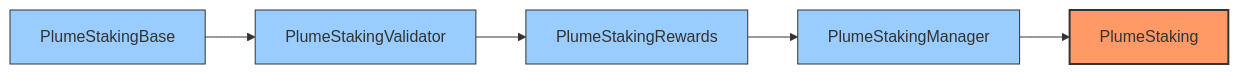
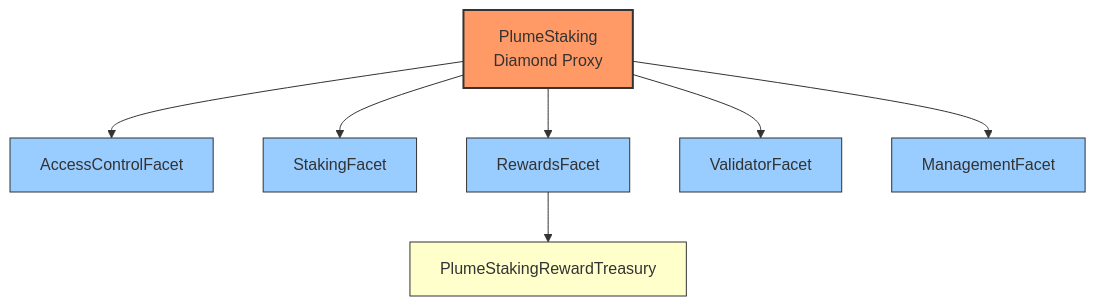
Before and after one commit to plumenetwork/contracts: the first of 2 diagrams in p/README.md, drawn with Mermaid. The commit also changed other lines of this file, not shown here.

````diff
--- a/p/README.md
+++ b/p/README.md
@@ -9,13 +9,17 @@
 ```mermaid
-graph LR
-    A[PlumeStakingBase] --> B[PlumeStakingValidator]
-    B --> C[PlumeStakingRewards]
-    C --> D[PlumeStakingManager]
-    D --> E[PlumeStaking]
+graph TD
+    A[PlumeStaking<br>Diamond Proxy] --> B[AccessControlFacet]
+    A --> C[StakingFacet]
+    A --> D[RewardsFacet]
+    A --> E[ValidatorFacet]
+    A --> F[ManagementFacet]
+    D --> G[PlumeStakingRewardTreasury]
 
-    style E fill:#f96,stroke:#333,stroke-width:2px
+    style A fill:#f96,stroke:#333,stroke-width:2px
+    style B fill:#9cf,stroke:#333,stroke-width:1px
+    style C fill:#9cf,stroke:#333,stroke-width:1px
     style D fill:#9cf,stroke:#333,stroke-width:1px
-    style C fill:#9cf,stroke:#333,stroke-width:1px
-    style B fill:#9cf,stroke:#333,stroke-width:1px
-    style A fill:#9cf,stroke:#333,stroke-width:1px
+    style E fill:#9cf,stroke:#333,stroke-width:1px
+    style F fill:#9cf,stroke:#333,stroke-width:1px
+    style G fill:#ffc,stroke:#333,stroke-width:1px
 ```
````
